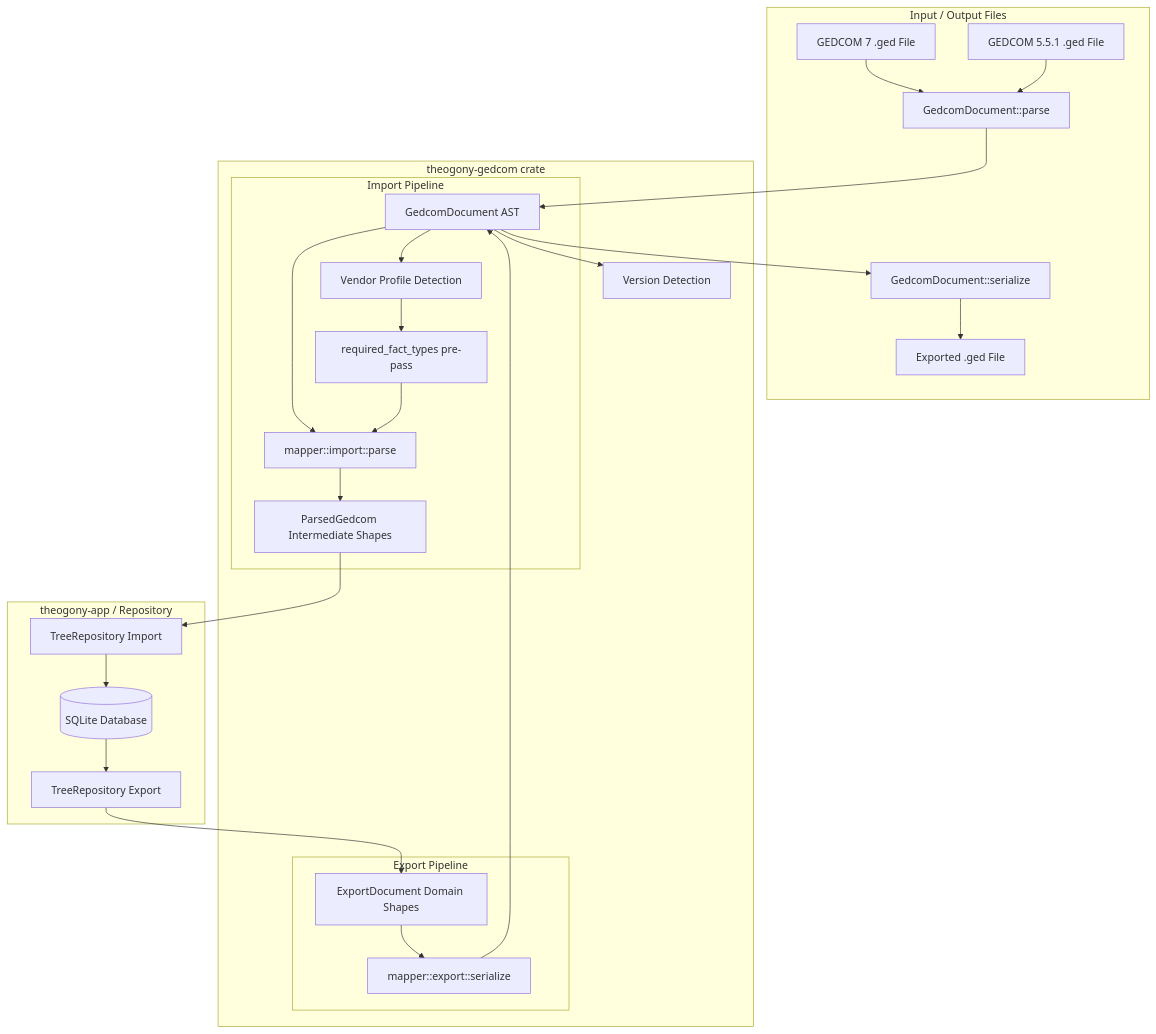
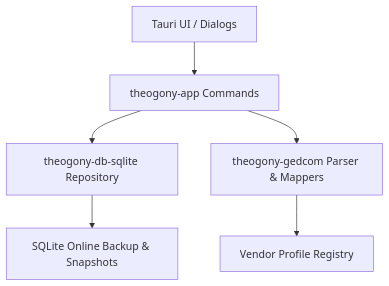
The diagram in openwiki/integrations/gedcom-portability.md (alerum68/Theogony), drawn with Mermaid before and after one commit. The commit also changed other lines of this file and 24 other files, not shown here.

````diff
--- a/openwiki/integrations/gedcom-portability.md
+++ b/openwiki/integrations/gedcom-portability.md
@@ -23,35 +27,8 @@
 ```mermaid
 graph TD
-    subgraph Input / Output Files
-        File7[GEDCOM 7 .ged File] --> Parser
-        File5[GEDCOM 5.5.1 .ged File] --> Parser
-        Serializer --> OutFile[Exported .ged File]
-    end
-
-    subgraph theogony-gedcom crate
-        Parser[GedcomDocument::parse] --> Doc[GedcomDocument AST]
-        Doc --> Version[Version Detection]
-        Doc --> Vendor[Vendor Profile Detection]
-        
-        subgraph Import Pipeline
-            Vendor --> Drafts[required_fact_types pre-pass]
-            Doc --> ImportMapper[mapper::import::parse]
-            Drafts --> ImportMapper
-            ImportMapper --> Parsed[ParsedGedcom Intermediate Shapes]
-        end
-
-        subgraph Export Pipeline
-            ExportInput[ExportDocument Domain Shapes] --> ExportMapper[mapper::export::serialize]
-            ExportMapper --> Doc
-        end
-
-        Doc --> Serializer[GedcomDocument::serialize]
-    end
-
-    subgraph theogony-app / Repository
-        Parsed --> AppImport[TreeRepository Import]
-        AppImport --> DB[(SQLite Database)]
-        DB --> AppExport[TreeRepository Export]
-        AppExport --> ExportInput
-    end
+    UI[Tauri UI / Dialogs] --> App[theogony-app Commands]
+    App --> DB[theogony-db-sqlite Repository]
+    App --> Ged[theogony-gedcom Parser & Mappers]
+    Ged --> Vendor[Vendor Profile Registry]
+    DB --> Snap[SQLite Online Backup & Snapshots]
 ```
````
